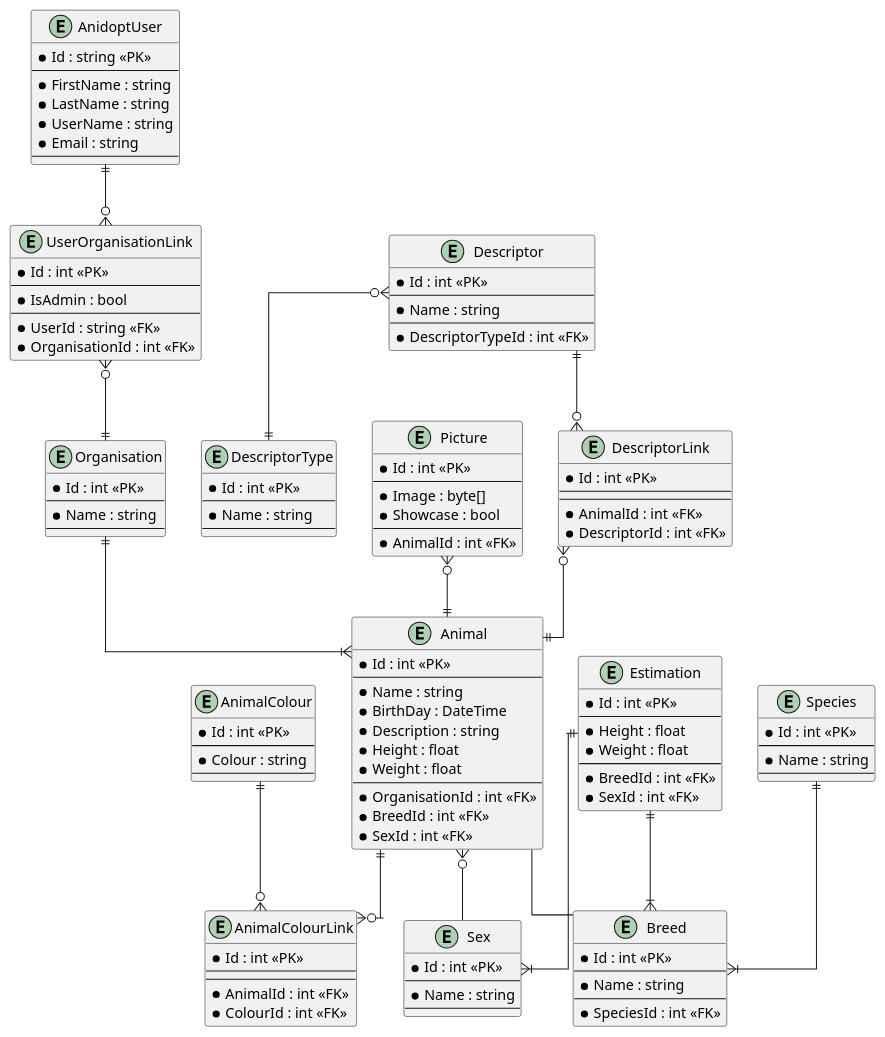
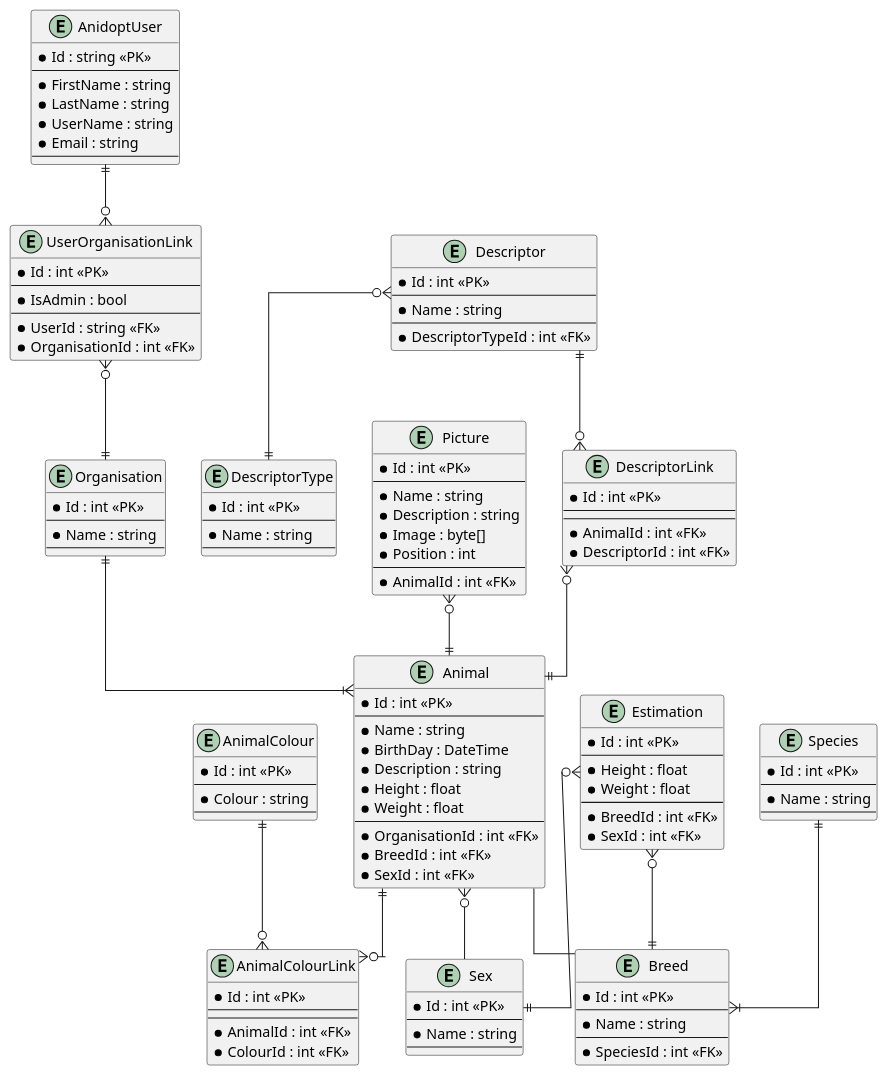
One commit to aidan-bailey/Anidopt changed the diagram in Diagrams/db.plantuml. Above: the diagram before and after it, drawn with PlantUML.

```diff
--- a/Diagrams/db.plantuml
+++ b/Diagrams/db.plantuml
@@ -1,124 +1,126 @@
 @startuml
 skinparam linetype ortho
 
 entity AnidoptUser {
     *Id : string <<PK>>
     --
     *FirstName : string
     *LastName : string
     *UserName : string
     *Email : string
     --
 }
 entity Animal {
     *Id : int <<PK>>
     --
     *Name : string
     *BirthDay : DateTime
     *Description : string
     *Height : float
     *Weight : float
     --
     *OrganisationId : int <<FK>>
     *BreedId : int <<FK>>
     *SexId : int <<FK>>
 }
 entity AnimalColour {
     *Id : int <<PK>>
     --
     *Colour : string
     --
 }
 entity AnimalColourLink {
     *Id : int <<PK>>
     --
     --
     *AnimalId : int <<FK>>
     *ColourId : int <<FK>>
 }
 entity Breed {
     *Id : int <<PK>>
     --
     *Name : string
     --
     *SpeciesId : int <<FK>>
 }
 entity Descriptor {
     *Id : int <<PK>>
     --
     *Name : string
     --
     *DescriptorTypeId : int <<FK>>
 }
 entity DescriptorLink {
     *Id : int <<PK>>
     --
     --
     *AnimalId : int <<FK>>
     *DescriptorId : int <<FK>>
 }
 entity DescriptorType {
     *Id : int <<PK>>
     --
     *Name : string
     --
 }
 entity Estimation {
     *Id : int <<PK>>
     --
     *Height : float
     *Weight : float
     --
     *BreedId : int <<FK>>
     *SexId : int <<FK>>
 }
 entity Organisation {
     *Id : int <<PK>>
     --
     *Name : string
     --
 }
 entity Picture {
     *Id : int <<PK>>
     --
+    *Name : string
+    *Description : string
     *Image : byte[]
-    *Showcase : bool
+    *Position : int
     --
     *AnimalId : int <<FK>>
 }
 entity Sex {
     *Id : int <<PK>>
     --
     *Name : string
     --
 }
 entity Species {
     *Id : int <<PK>>
     --
     *Name : string
     --
 }
 entity UserOrganisationLink {
     *Id : int <<PK>>
     --
     *IsAdmin : bool
     --
     *UserId : string <<FK>>
     *OrganisationId : int <<FK>>
 }
 
 AnidoptUser ||--o{ UserOrganisationLink
 UserOrganisationLink }o--|| Organisation
 Animal -- Breed
 Animal }o-- Sex
 Species ||--|{ Breed
 Organisation ||--|{ Animal
 AnimalColour ||--o{ AnimalColourLink
 Animal ||--o{ AnimalColourLink
 Picture }o--|| Animal
 Descriptor ||--o{ DescriptorLink
 Descriptor }o--|| DescriptorType
 DescriptorLink }o--|| Animal
-Estimation ||--|{ Sex
-Estimation ||--|{ Breed
+Estimation }o--|| Sex
+Estimation }o--|| Breed
 @enduml
```
